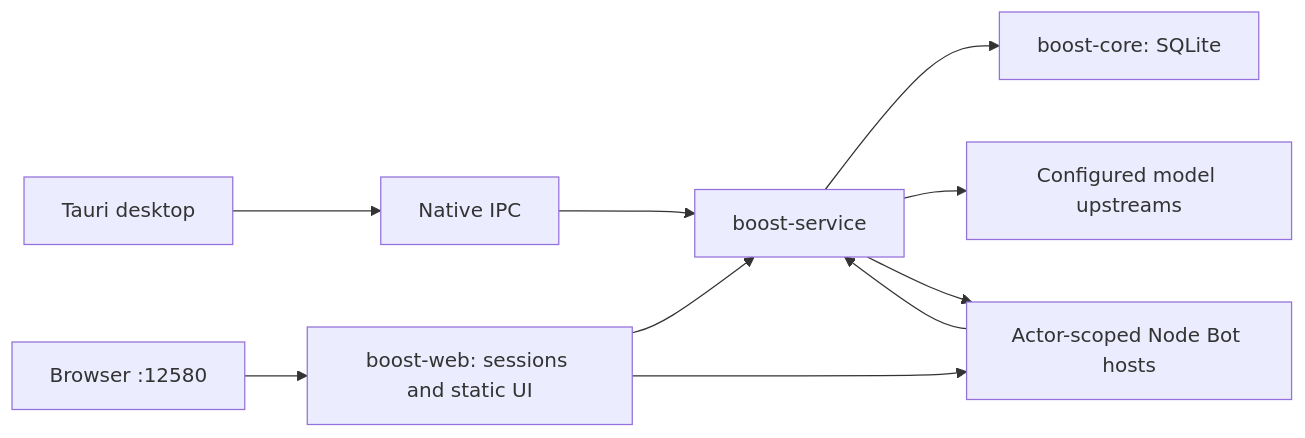
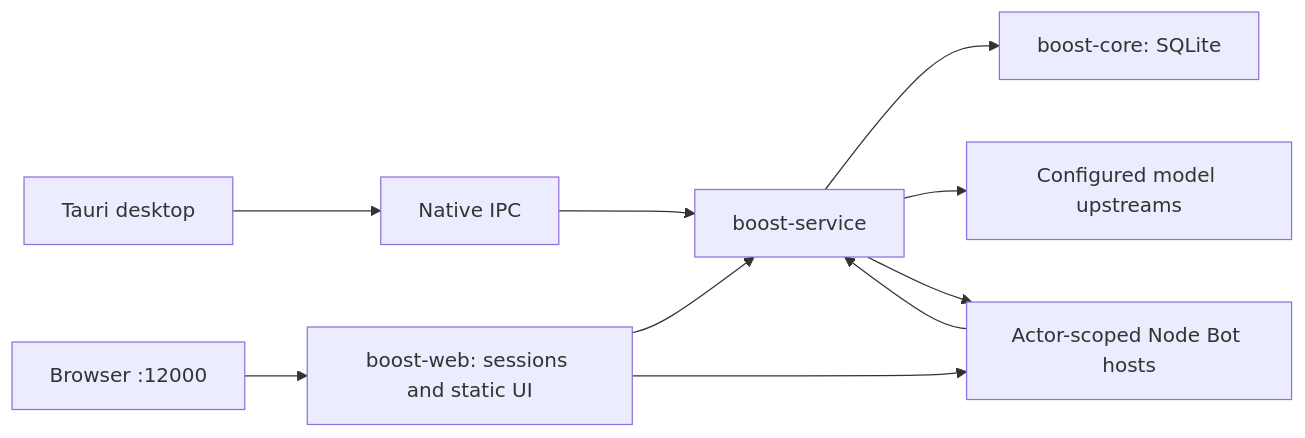
One commit to amine123max/Boost-bot changed the diagram in ARCHITECTURE.md. Above: the diagram before and after it, drawn with Mermaid. The commit also changed other lines of this file and 149 other files, not shown here.

````diff
--- a/ARCHITECTURE.md
+++ b/ARCHITECTURE.md
@@ -9,12 +9,12 @@
 ```mermaid
 flowchart LR
-  Browser[Browser :12580] --> Web[boost-web: sessions and static UI]
+  Browser[Browser :12000] --> Web[boost-web: sessions and static UI]
   Desktop[Tauri desktop] --> IPC[Native IPC]
   IPC --> Service[boost-service]
   Web --> Service
   Service --> Core[boost-core: SQLite]
   Service --> Upstream[Configured model upstreams]
   Service --> Bot[Actor-scoped Node Bot hosts]
   Web --> Bot
   Bot --> Service
 ```
````
